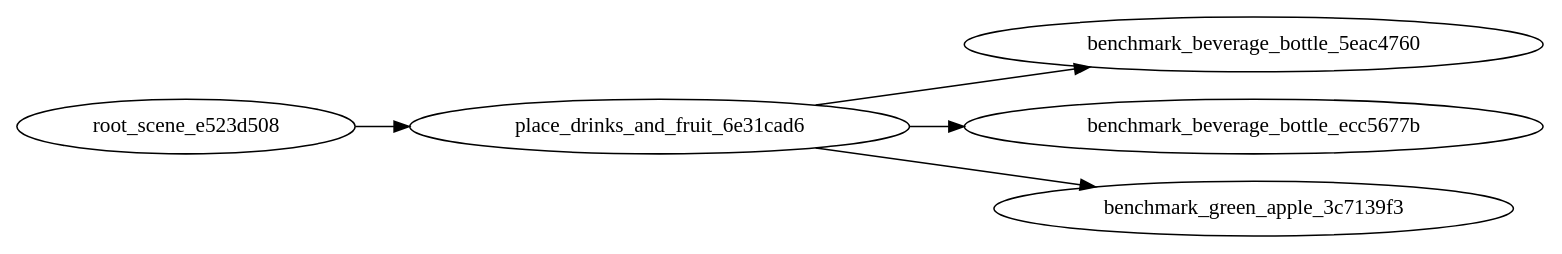
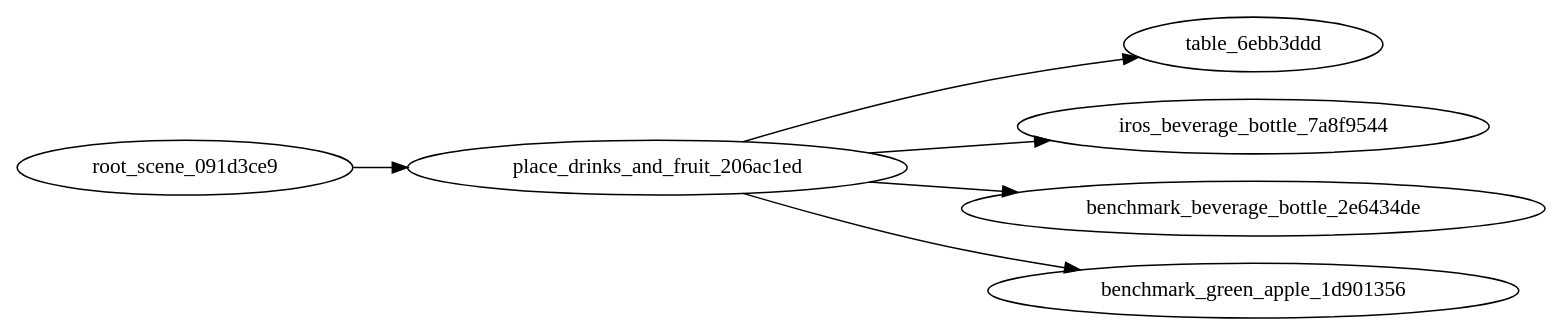
The diagram in source/geniesim/benchmark/config/llm_task/straighten_object/7/graph.dot (bodongiee/genie_sim_workplace), drawn with Graphviz before and after one commit. The commit also changed 568 other files, not shown here.

```diff
--- a/source/geniesim/benchmark/config/llm_task/straighten_object/7/graph.dot
+++ b/source/geniesim/benchmark/config/llm_task/straighten_object/7/graph.dot
@@ -1,10 +1,12 @@
 strict digraph "" {
 	graph [rankdir=LR];
-	root_scene_e523d508 -> place_drinks_and_fruit_6e31cad6;
-	benchmark_beverage_bottle_5eac4760	[tags="['oolong tea beverage', 'beverage', 'bottle', 'drink', 'right']"];
-	place_drinks_and_fruit_6e31cad6 -> benchmark_beverage_bottle_5eac4760;
-	benchmark_beverage_bottle_ecc5677b	[tags="['fanta', 'beverage', 'bottle', 'drink', 'left']"];
-	place_drinks_and_fruit_6e31cad6 -> benchmark_beverage_bottle_ecc5677b;
-	benchmark_green_apple_3c7139f3	[tags="['green apple', 'fruit', 'healthy', 'snack', 'left']"];
-	place_drinks_and_fruit_6e31cad6 -> benchmark_green_apple_3c7139f3;
+	root_scene_091d3ce9 -> place_drinks_and_fruit_206ac1ed;
+	table_6ebb3ddd	[tags="['minimalist_table', 'white', 'furniture', 'center']"];
+	place_drinks_and_fruit_206ac1ed -> table_6ebb3ddd;
+	iros_beverage_bottle_7a8f9544	[tags="['sprite', 'beverage', 'bottle', 'drink', 'left']"];
+	place_drinks_and_fruit_206ac1ed -> iros_beverage_bottle_7a8f9544;
+	benchmark_beverage_bottle_2e6434de	[tags="['oolong tea beverage', 'beverage', 'bottle', 'drink', 'right']"];
+	place_drinks_and_fruit_206ac1ed -> benchmark_beverage_bottle_2e6434de;
+	benchmark_green_apple_1d901356	[tags="['green apple', 'fruit', 'healthy', 'snack', 'left']"];
+	place_drinks_and_fruit_206ac1ed -> benchmark_green_apple_1d901356;
 }
```
